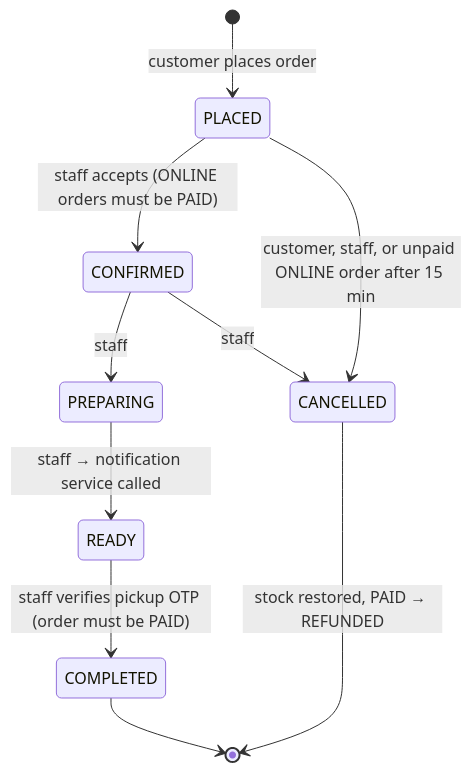
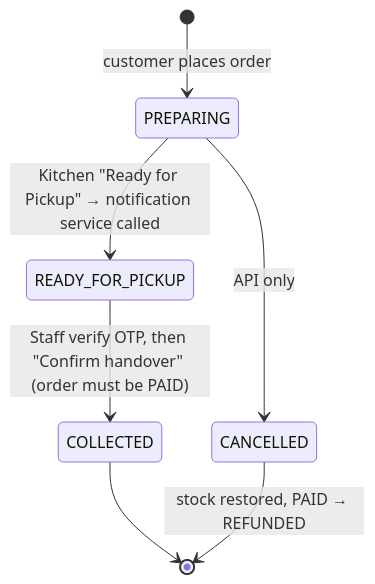
One commit to Arun-N-M-07/NoQ changed the fourth of 7 diagrams in docs/ARCHITECTURE.md. Above: the diagram before and after it, drawn with Mermaid. The commit also changed other lines of this file and 66 other files, not shown here.

````diff
--- a/docs/ARCHITECTURE.md
+++ b/docs/ARCHITECTURE.md
@@ -189,12 +176,9 @@
 ```mermaid
 stateDiagram-v2
-    [*] --> PLACED : customer places order
-    PLACED --> CONFIRMED : staff accepts (ONLINE orders must be PAID)
-    PLACED --> CANCELLED : customer, staff, or unpaid ONLINE order after 15 min
-    CONFIRMED --> PREPARING : staff
-    CONFIRMED --> CANCELLED : staff
-    PREPARING --> READY : staff → notification service called
-    READY --> COMPLETED : staff verifies pickup OTP (order must be PAID)
-    COMPLETED --> [*]
+    [*] --> PREPARING : customer places order
+    PREPARING --> READY_FOR_PICKUP : Kitchen "Ready for Pickup" → notification service called
+    PREPARING --> CANCELLED : API only
+    READY_FOR_PICKUP --> COLLECTED : Staff verify OTP, then "Confirm handover" (order must be PAID)
+    COLLECTED --> [*]
     CANCELLED --> [*] : stock restored, PAID → REFUNDED
 ```
````
